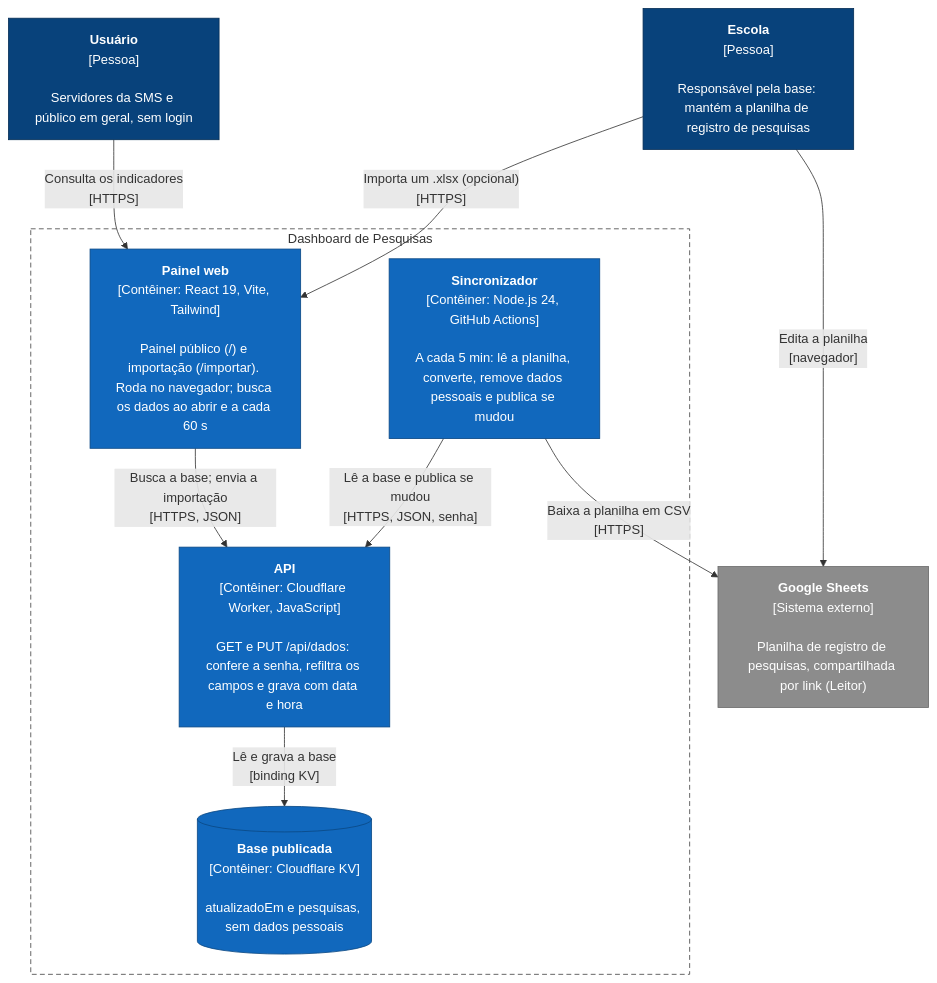
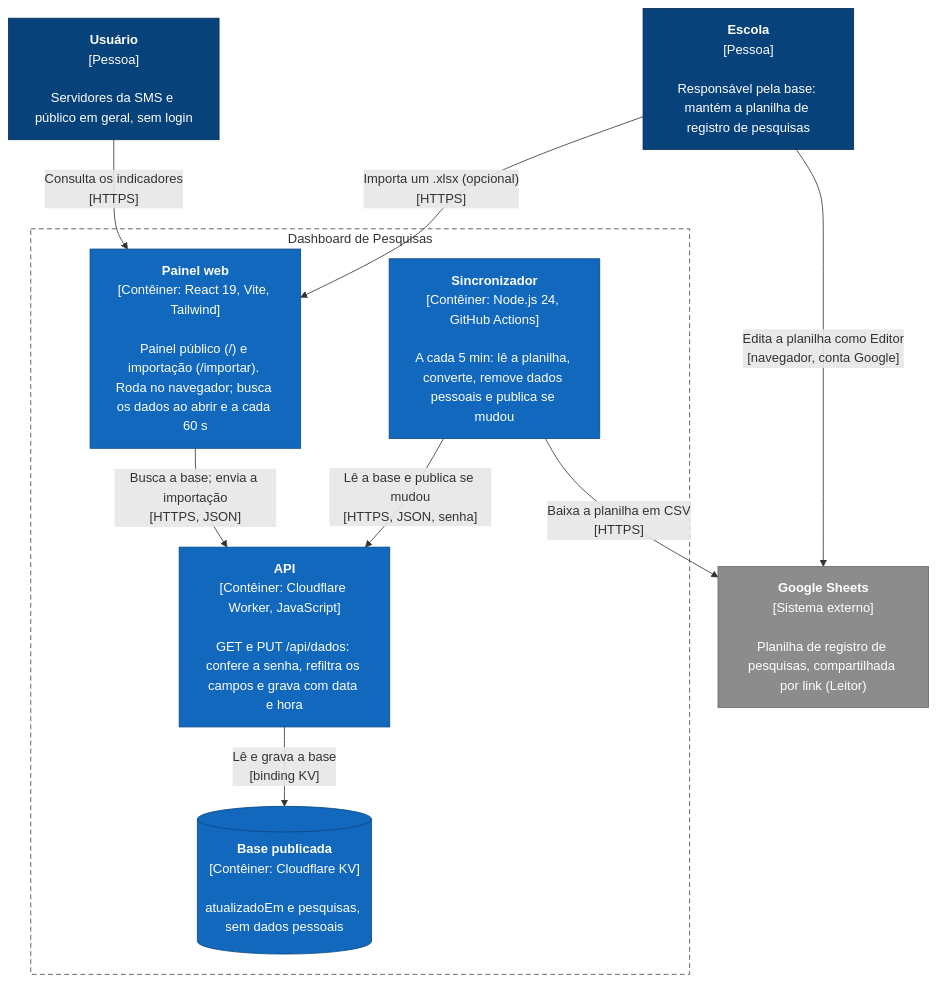
One commit to dashboardsms/dashboard-pesquisas-sms changed the first of 2 diagrams in docs/arquitetura.md. Above: the diagram before and after it, drawn with Mermaid. The commit also changed other lines of this file and 1 other file, not shown here.

````diff
--- a/docs/arquitetura.md
+++ b/docs/arquitetura.md
@@ -7,29 +7,29 @@
 ```mermaid
 flowchart TB
     escola["<b>Escola</b><br/>[Pessoa]<br/><br/>Responsável pela base: mantém a planilha de registro de pesquisas"]
     usuario["<b>Usuário</b><br/>[Pessoa]<br/><br/>Servidores da SMS e público em geral, sem login"]
     sheets["<b>Google Sheets</b><br/>[Sistema externo]<br/><br/>Planilha de registro de pesquisas, compartilhada por link (Leitor)"]
 
     subgraph sistema["Dashboard de Pesquisas"]
         painel["<b>Painel web</b><br/>[Contêiner: React 19, Vite, Tailwind]<br/><br/>Painel público (/) e importação (/importar). Roda no navegador; busca os dados ao abrir e a cada 60 s"]
         sincronizador["<b>Sincronizador</b><br/>[Contêiner: Node.js 24, GitHub Actions]<br/><br/>A cada 5 min: lê a planilha, converte, remove dados pessoais e publica se mudou"]
         api["<b>API</b><br/>[Contêiner: Cloudflare Worker, JavaScript]<br/><br/>GET e PUT /api/dados: confere a senha, refiltra os campos e grava com data e hora"]
         kv[("<b>Base publicada</b><br/>[Contêiner: Cloudflare KV]<br/><br/>atualizadoEm e pesquisas, sem dados pessoais")]
     end
 
-    escola -- "Edita a planilha<br/>[navegador]" --> sheets
+    escola -- "Edita a planilha como Editor<br/>[navegador, conta Google]" --> sheets
     escola -- "Importa um .xlsx (opcional)<br/>[HTTPS]" --> painel
     usuario -- "Consulta os indicadores<br/>[HTTPS]" --> painel
     sincronizador -- "Baixa a planilha em CSV<br/>[HTTPS]" --> sheets
     sincronizador -- "Lê a base e publica se mudou<br/>[HTTPS, JSON, senha]" --> api
     painel -- "Busca a base; envia a importação<br/>[HTTPS, JSON]" --> api
     api -- "Lê e grava a base<br/>[binding KV]" --> kv
 
     classDef pessoa fill:#08427b,stroke:#052e56,color:#ffffff
     classDef conteiner fill:#1168bd,stroke:#0b4884,color:#ffffff
     classDef externo fill:#8c8c8c,stroke:#6b6b6b,color:#ffffff
     class escola,usuario pessoa
     class painel,sincronizador,api,kv conteiner
     class sheets externo
     style sistema fill:none,stroke:#444444,stroke-dasharray:6 4
 ```
````
